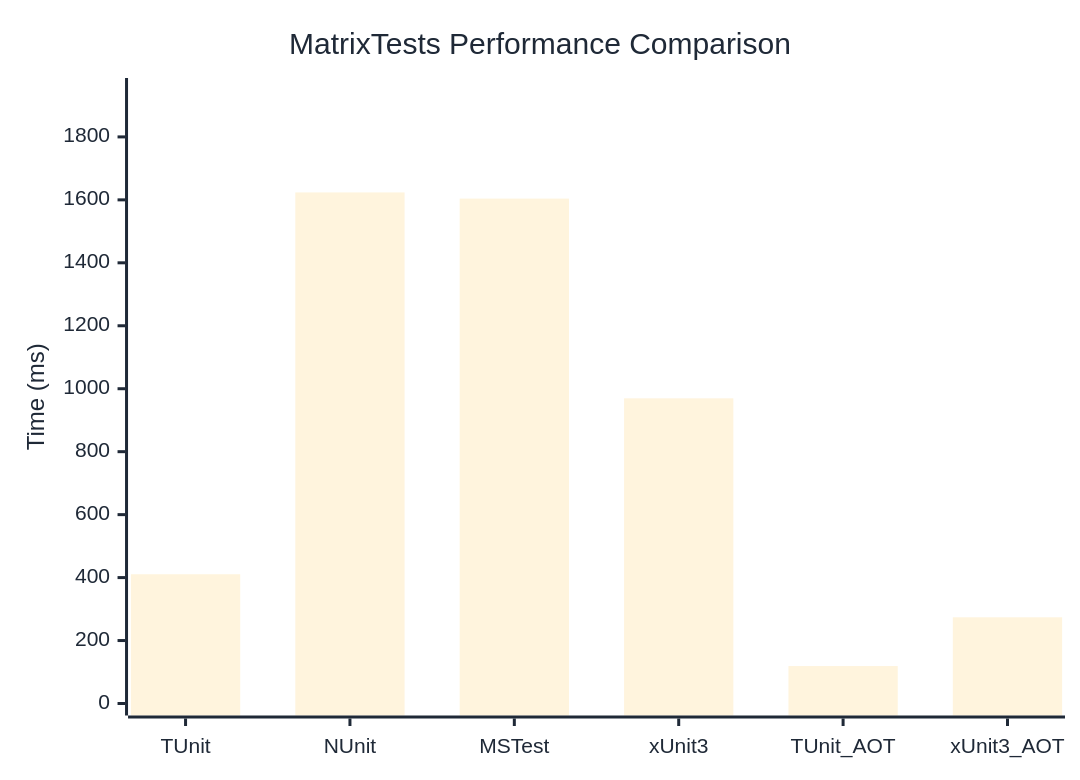
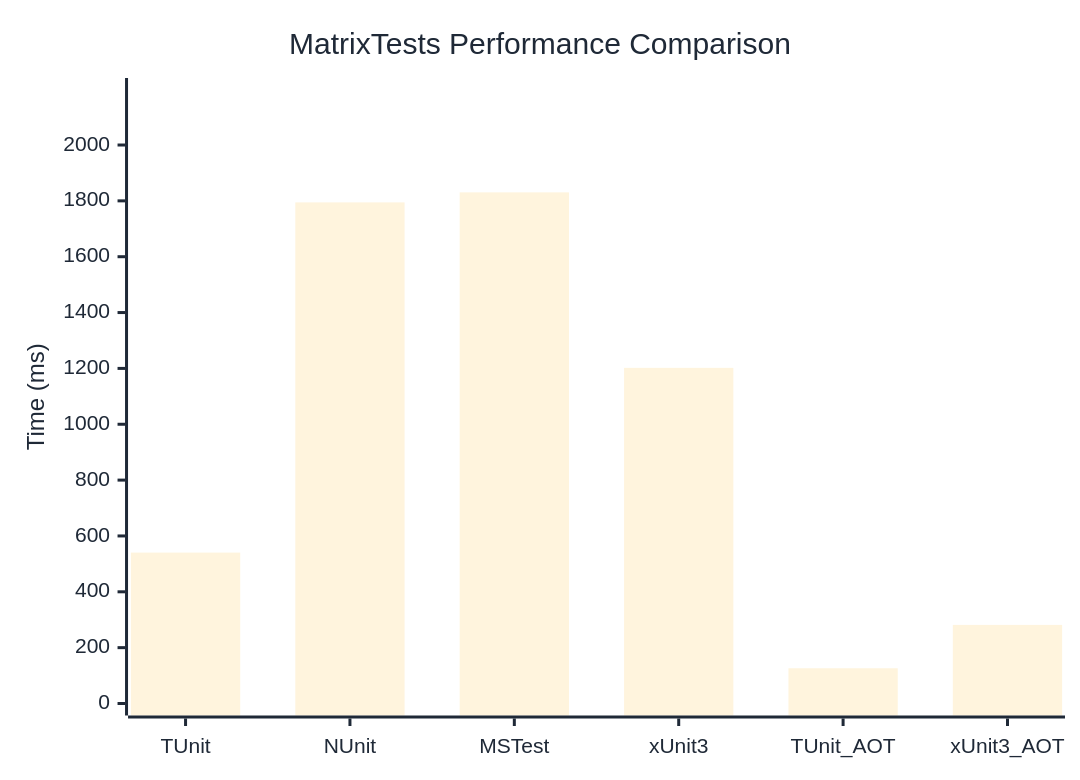
One commit to thomhurst/TUnit changed the diagram in docs/docs/benchmarks/engine/MatrixTests.md. Above: the diagram before and after it, drawn with Mermaid. The commit also changed other lines of this file and 18 other files, not shown here.

````diff
--- a/docs/docs/benchmarks/engine/MatrixTests.md
+++ b/docs/docs/benchmarks/engine/MatrixTests.md
@@ -30,37 +30,37 @@
 ```mermaid
 %%{init: {
   'theme':'base',
   'themeVariables': {
     'primaryColor': '#2563eb',
     'primaryTextColor': '#1f2937',
     'primaryBorderColor': '#1e40af',
     'lineColor': '#6b7280',
     'secondaryColor': '#7c3aed',
     'tertiaryColor': '#dc2626',
     'background': '#ffffff',
     'mainBkg': '#2563eb',
     'secondBkg': '#7c3aed',
     'tertiaryBkg': '#dc2626',
     'clusterBkg': '#f3f4f6',
     'edgeLabelBackground': '#ffffff',
     'tertiaryTextColor': '#1f2937',
     'pie1': '#2563eb',
     'pie2': '#7c3aed',
     'pie3': '#dc2626',
     'pie4': '#f59e0b',
     'pie5': '#10b981',
     'pie6': '#06b6d4',
     'pie7': '#ec4899',
     'pie8': '#6366f1',
     'pie9': '#84cc16',
     'pie10': '#f97316',
     'pie11': '#14b8a6',
     'pie12': '#a855f7'
   }
 }}%%
 xychart-beta
   title "MatrixTests Performance Comparison"
   x-axis ["TUnit", "NUnit", "MSTest", "xUnit3", "TUnit_AOT", "xUnit3_AOT"]
-  y-axis "Time (ms)" 0 --> 1949
-  bar [410.6, 1623.6, 1604, 969.5, 119, 273.8]
+  y-axis "Time (ms)" 0 --> 2197
+  bar [540.4, 1794.5, 1830.4, 1202, 126.2, 281.5]
 ```
````
